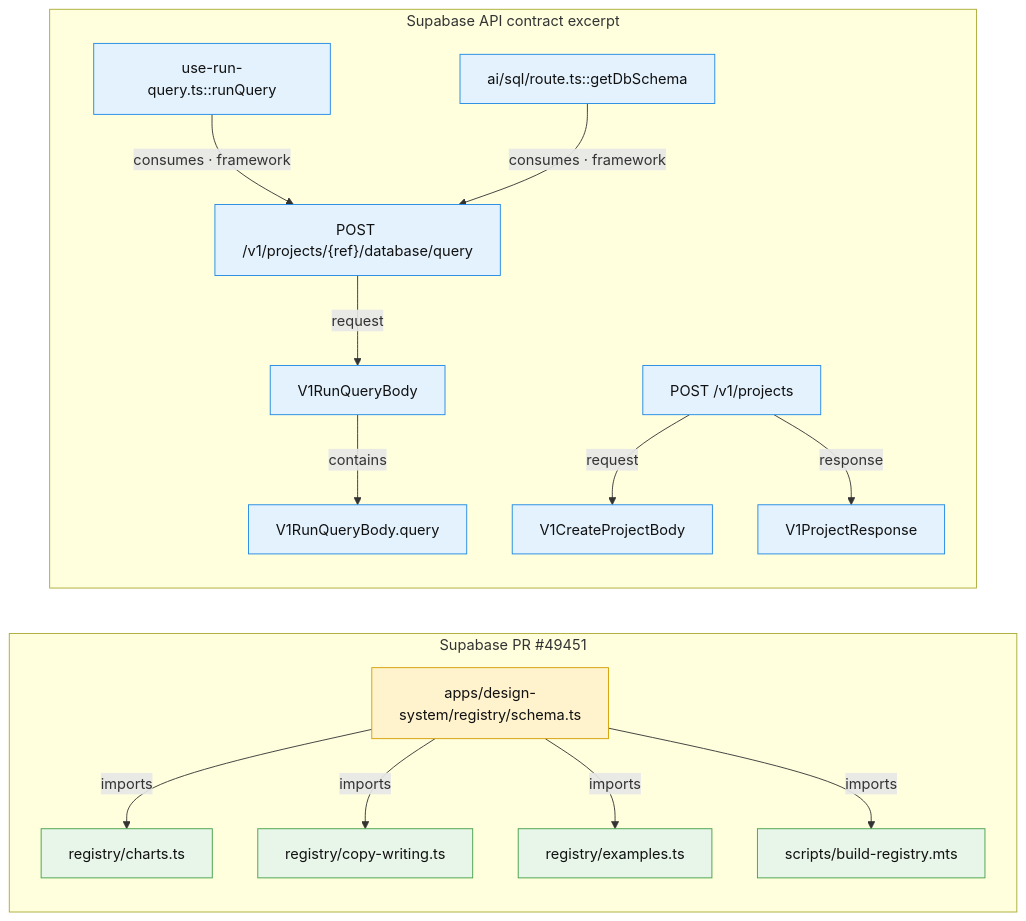
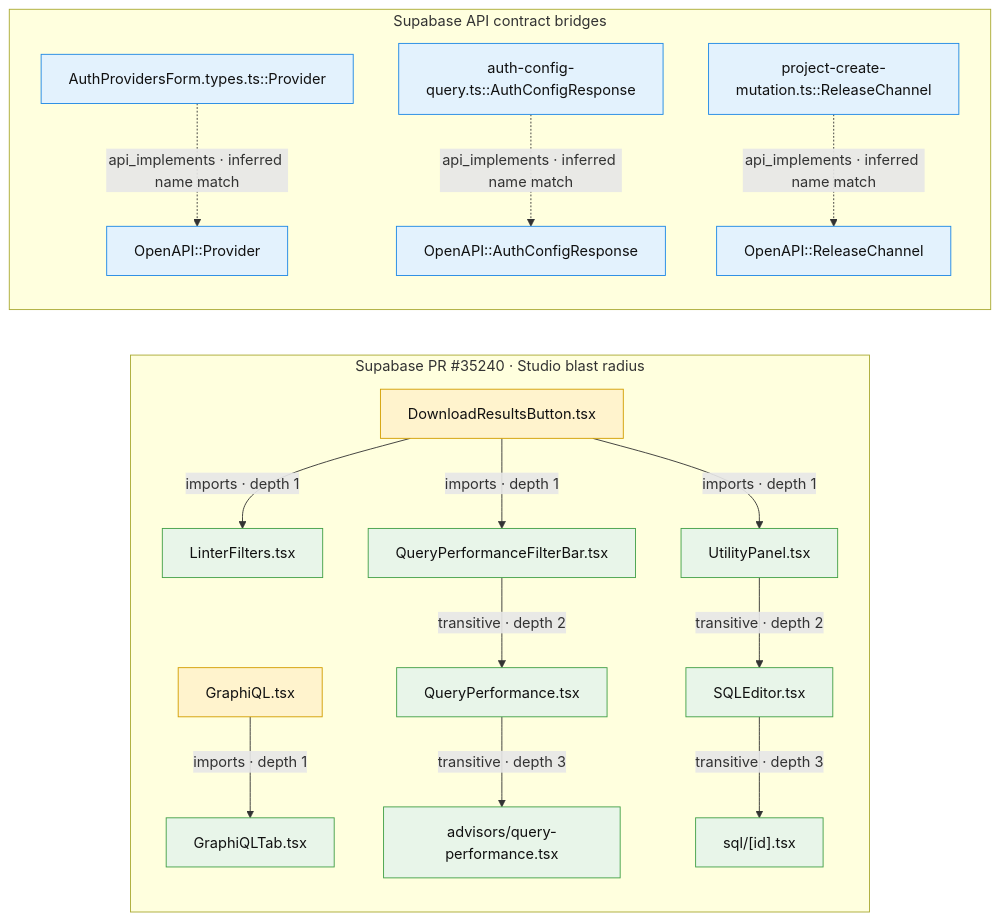
The diagram in README.md (yesprasad/deep-graph), drawn with Mermaid before and after one commit. The commit also changed other lines of this file, not shown here.

Commit message:
docs: use larger Supabase PR graph example

````diff
--- a/README.md
+++ b/README.md
@@ -177,40 +178,44 @@
 ```mermaid
 flowchart LR
-  subgraph PR[Supabase PR #49451]
-    Schema["apps/design-system/registry/schema.ts"]
-    Charts["registry/charts.ts"]
-    Copy["registry/copy-writing.ts"]
-    Examples["registry/examples.ts"]
-    Build["scripts/build-registry.mts"]
+  subgraph PR[Supabase PR #35240 · Studio blast radius]
+    GraphiQL["GraphiQL.tsx"]
+    GraphiQLTab["GraphiQLTab.tsx"]
+    Download["DownloadResultsButton.tsx"]
+    Linter["LinterFilters.tsx"]
+    QueryBar["QueryPerformanceFilterBar.tsx"]
+    Utility["UtilityPanel.tsx"]
+    QueryPerf["QueryPerformance.tsx"]
+    SQLEditor["SQLEditor.tsx"]
+    PerfPage["advisors/query-performance.tsx"]
+    SqlPage["sql/[id].tsx"]
 
-    Schema -->|imports| Charts
-    Schema -->|imports| Copy
-    Schema -->|imports| Examples
-    Schema -->|imports| Build
+    GraphiQL -->|imports · depth 1| GraphiQLTab
+    Download -->|imports · depth 1| Linter
+    Download -->|imports · depth 1| QueryBar
+    Download -->|imports · depth 1| Utility
+    QueryBar -->|transitive · depth 2| QueryPerf
+    Utility -->|transitive · depth 2| SQLEditor
+    QueryPerf -->|transitive · depth 3| PerfPage
+    SQLEditor -->|transitive · depth 3| SqlPage
   end
 
-  subgraph API[Supabase API contract excerpt]
-    QueryHook["use-run-query.ts::runQuery"]
-    QueryRoute["ai/sql/route.ts::getDbSchema"]
-    QueryEndpoint["POST /v1/projects/{ref}/database/query"]
-    QueryBody["V1RunQueryBody"]
-    QueryField["V1RunQueryBody.query"]
-    ProjectsEndpoint["POST /v1/projects"]
-    CreateBody["V1CreateProjectBody"]
-    ProjectResponse["V1ProjectResponse"]
+  subgraph API[Supabase API contract bridges]
+    ProviderTS["AuthProvidersForm.types.ts::Provider"]
+    ProviderAPI["OpenAPI::Provider"]
+    AuthTS["auth-config-query.ts::AuthConfigResponse"]
+    AuthAPI["OpenAPI::AuthConfigResponse"]
+    ReleaseTS["project-create-mutation.ts::ReleaseChannel"]
+    ReleaseAPI["OpenAPI::ReleaseChannel"]
 
-    QueryHook -->|consumes · framework| QueryEndpoint
-    QueryRoute -->|consumes · framework| QueryEndpoint
-    QueryEndpoint -->|request| QueryBody
-    QueryBody -->|contains| QueryField
-    ProjectsEndpoint -->|request| CreateBody
-    ProjectsEndpoint -->|response| ProjectResponse
+    ProviderTS -.->|api_implements · inferred name match| ProviderAPI
+    AuthTS -.->|api_implements · inferred name match| AuthAPI
+    ReleaseTS -.->|api_implements · inferred name match| ReleaseAPI
   end
 
   classDef changed fill:#fff3cd,stroke:#d39e00,color:#111;
   classDef impacted fill:#e8f5e9,stroke:#43a047,color:#111;
   classDef contract fill:#e3f2fd,stroke:#1e88e5,color:#111;
-  class Schema changed;
-  class Charts,Copy,Examples,Build impacted;
-  class QueryHook,QueryRoute,QueryEndpoint,QueryBody,QueryField,ProjectsEndpoint,CreateBody,ProjectResponse contract;
+  class GraphiQL,Download changed;
+  class GraphiQLTab,Linter,QueryBar,Utility,QueryPerf,SQLEditor,PerfPage,SqlPage impacted;
+  class ProviderTS,ProviderAPI,AuthTS,AuthAPI,ReleaseTS,ReleaseAPI contract;
 ```
````
